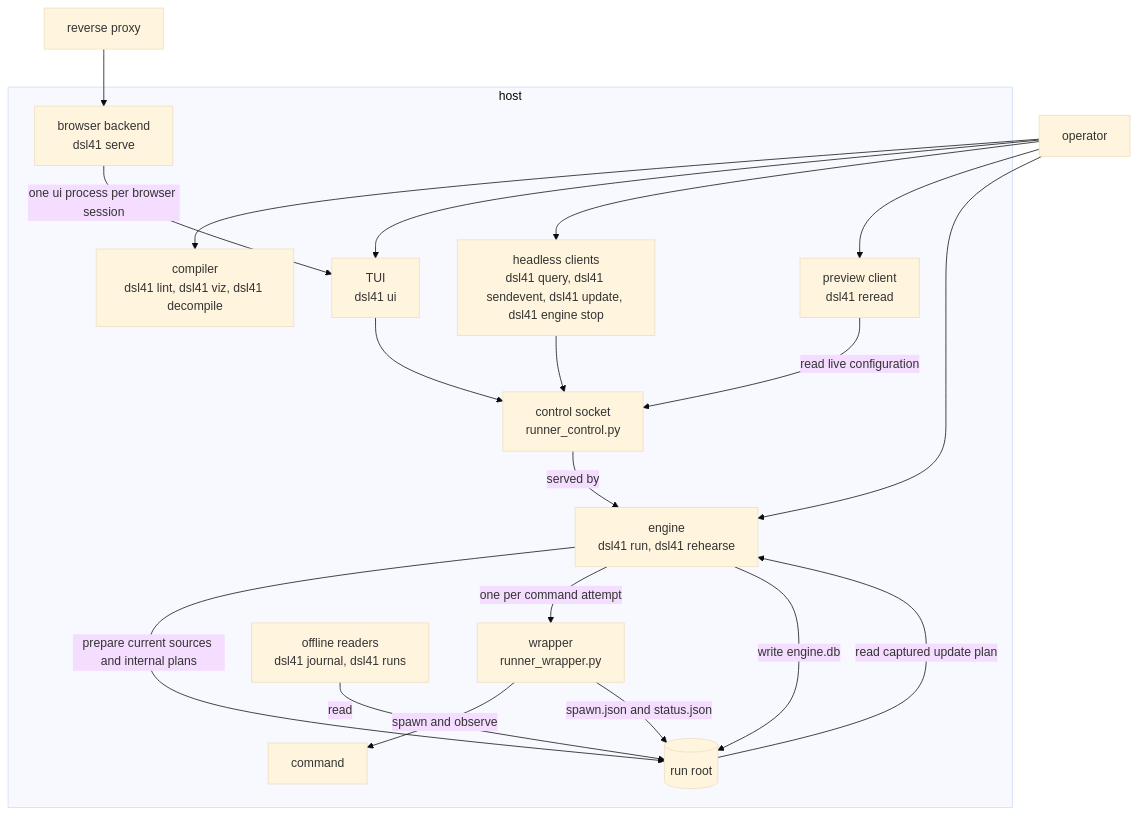
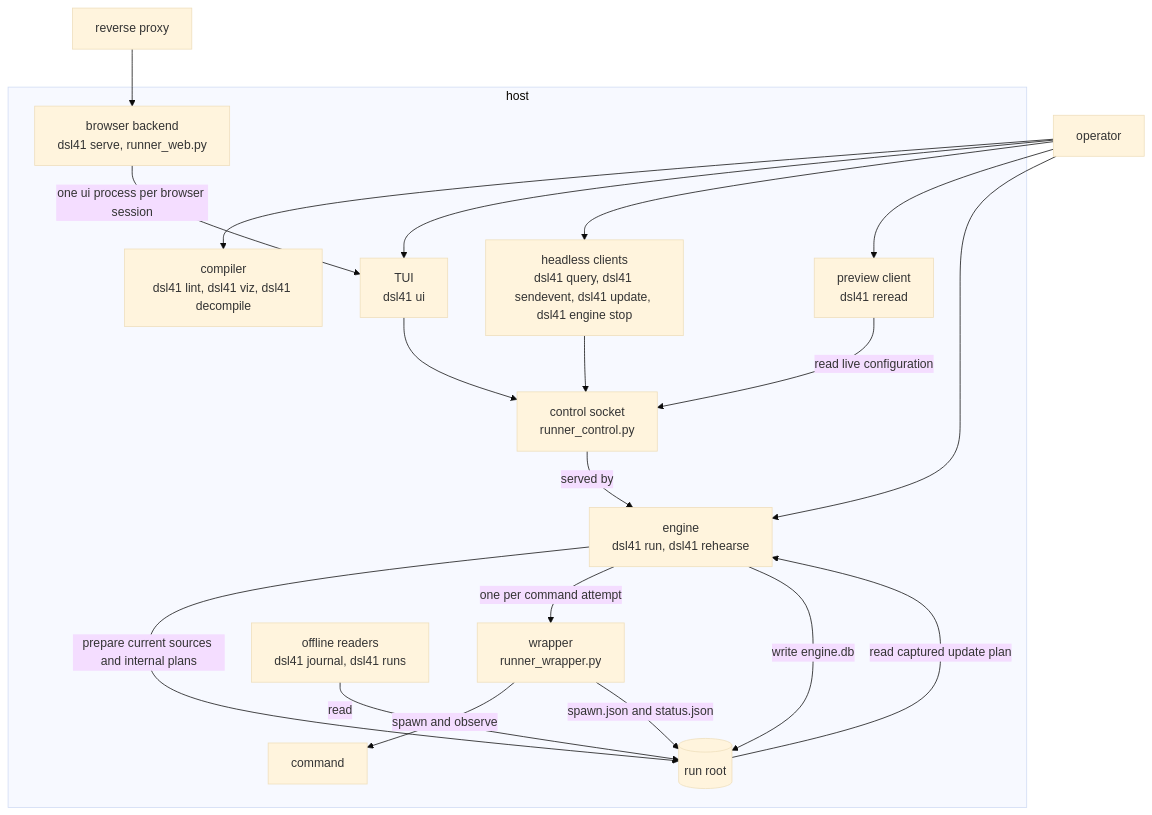
The second of 4 diagrams in docs/architecture.md (mrbald/dsl41), drawn with Mermaid (base theme) before and after one commit. The commit also changed other lines of this file and 22 other files, not shown here.

````diff
--- a/docs/architecture.md
+++ b/docs/architecture.md
@@ -76,36 +77,36 @@
 ```mermaid
 flowchart TB
   op["operator"]
   px["reverse proxy"]
   subgraph box["host"]
     comp["compiler<br/>dsl41 lint, dsl41 viz, dsl41 decompile"]
     eng["engine<br/>dsl41 run, dsl41 rehearse"]
     sock["control socket<br/>runner_control.py"]
     wr["wrapper<br/>runner_wrapper.py"]
     cmd["command"]
     tui["TUI<br/>dsl41 ui"]
-    web["browser backend<br/>dsl41 serve"]
+    web["browser backend<br/>dsl41 serve, runner_web.py"]
     cli["headless clients<br/>dsl41 query, dsl41 sendevent, dsl41 update, dsl41 engine stop"]
     read["preview client<br/>dsl41 reread"]
     off["offline readers<br/>dsl41 journal, dsl41 runs"]
     rr[("run root")]
   end
   op --> comp
   op --> tui
   op --> cli
   op --> read
   op --> eng
   px --> web
   web -->|"one ui process per browser session"| tui
   tui --> sock
   cli --> sock
   read -->|"read live configuration"| sock
   eng -->|"prepare current sources and internal plans"| rr
   sock -->|"served by"| eng
   eng -->|"one per command attempt"| wr
   wr -->|"spawn and observe"| cmd
   eng -->|"write engine.db"| rr
   rr -->|"read captured update plan"| eng
   wr -->|"spawn.json and status.json"| rr
   off -->|"read"| rr
 ```
````
